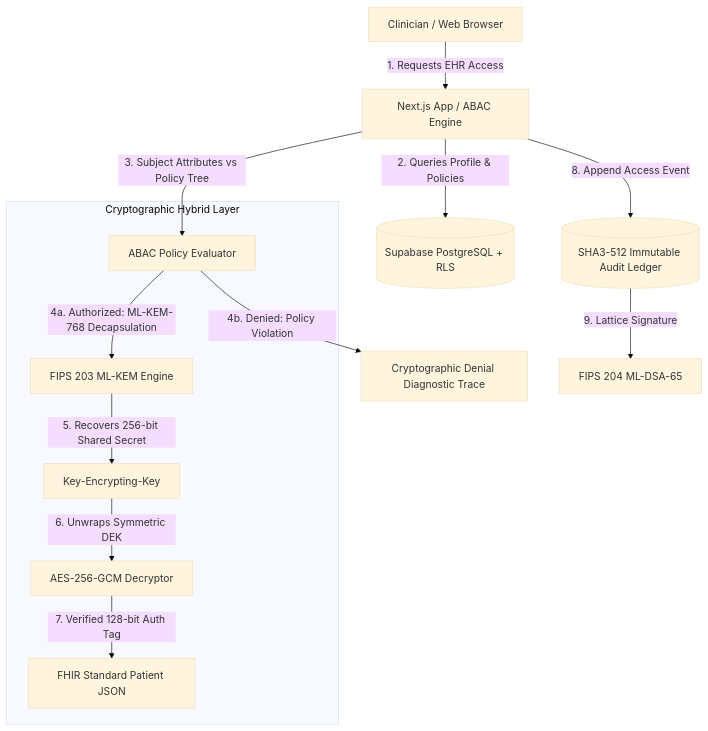
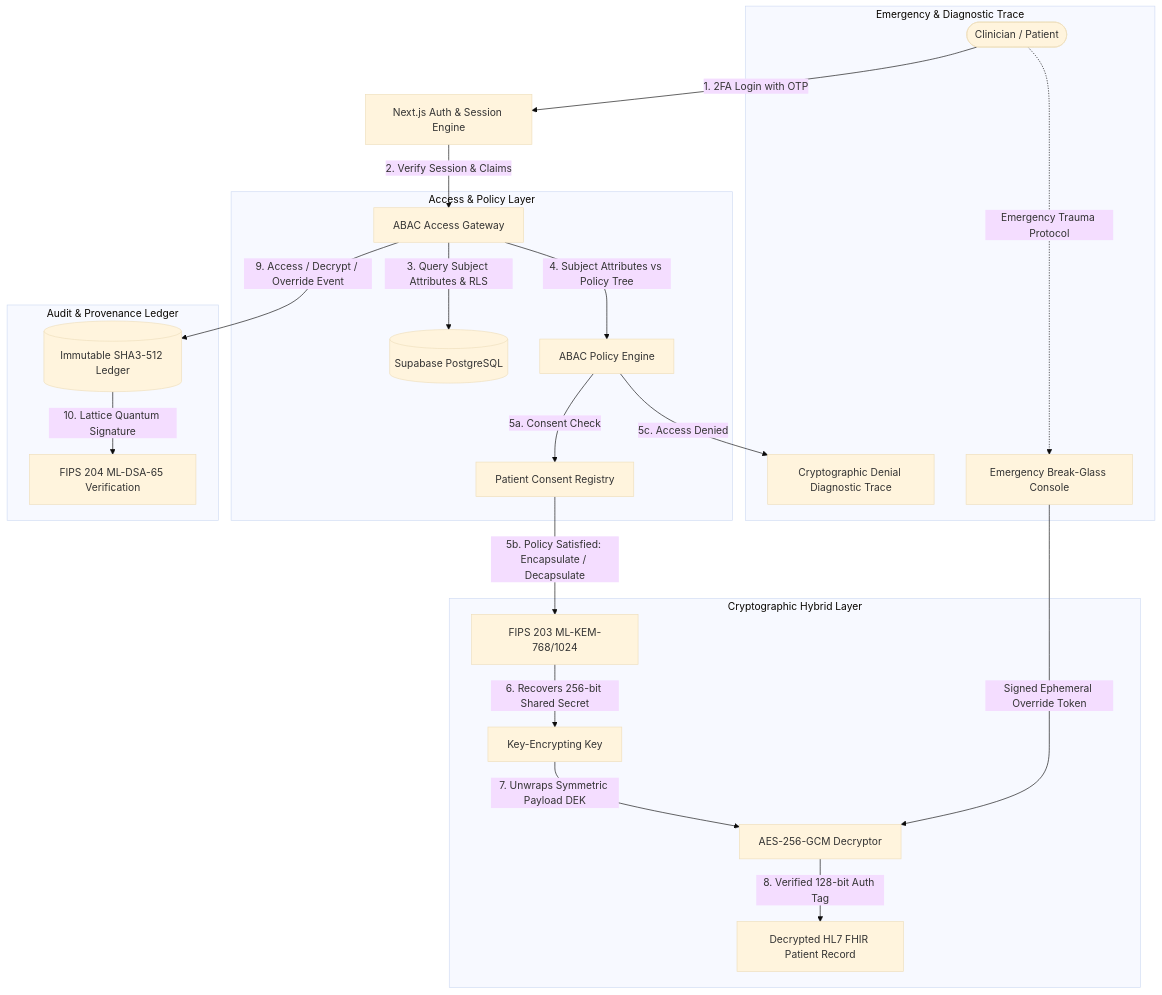
One commit to siddartha8659/post_quantum changed the diagram in README.md. Above: the diagram before and after it, drawn with Mermaid (base theme). The commit also changed other lines of this file, not shown here.

Commit message:
docs: enrich README with complete architecture, patient portal, 2FA OTP, and compliance guides

````diff
--- a/README.md
+++ b/README.md
@@ -9,17 +17,29 @@
 ```mermaid
 graph TD
-    Client[Clinician / Web Browser] -->|1. Requests EHR Access| Gateway[Next.js App / ABAC Engine]
-    Gateway -->|2. Queries Profile & Policies| DB[(Supabase PostgreSQL + RLS)]
-    Gateway -->|3. Subject Attributes vs Policy Tree| ABAC[ABAC Policy Evaluator]
+    User([Clinician / Patient]) -->|1. 2FA Login with OTP| Auth[Next.js Auth & Session Engine]
+    Auth -->|2. Verify Session & Claims| Gateway[ABAC Access Gateway]
     
-    subgraph Cryptographic Hybrid Layer
-        ABAC -->|4a. Authorized: ML-KEM-768 Decapsulation| KEM[FIPS 203 ML-KEM Engine]
-        KEM -->|5. Recovers 256-bit Shared Secret| KEK[Key-Encrypting-Key]
-        KEK -->|6. Unwraps Symmetric DEK| AES[AES-256-GCM Decryptor]
-        AES -->|7. Verified 128-bit Auth Tag| FHIR[FHIR Standard Patient JSON]
+    subgraph Access & Policy Layer
+        Gateway -->|3. Query Subject Attributes & RLS| DB[(Supabase PostgreSQL)]
+        Gateway -->|4. Subject Attributes vs Policy Tree| ABAC[ABAC Policy Engine]
+        ABAC -->|5a. Consent Check| Consent[Patient Consent Registry]
     end
 
-    ABAC -->|4b. Denied: Policy Violation| Diagnostics[Cryptographic Denial Diagnostic Trace]
-    Gateway -->|8. Append Access Event| Audit[(SHA3-512 Immutable Audit Ledger)]
-    Audit -->|9. Lattice Signature| MLDSA[FIPS 204 ML-DSA-65]
+    subgraph Cryptographic Hybrid Layer
+        Consent -->|5b. Policy Satisfied: Encapsulate / Decapsulate| KEM[FIPS 203 ML-KEM-768/1024]
+        KEM -->|6. Recovers 256-bit Shared Secret| KEK[Key-Encrypting Key]
+        KEK -->|7. Unwraps Symmetric Payload DEK| AES[AES-256-GCM Decryptor]
+        AES -->|8. Verified 128-bit Auth Tag| FHIR[Decrypted HL7 FHIR Patient Record]
+    end
+
+    subgraph Emergency & Diagnostic Trace
+        ABAC -->|5c. Access Denied| Trace[Cryptographic Denial Diagnostic Trace]
+        User -.->|Emergency Trauma Protocol| BG[Emergency Break-Glass Console]
+        BG -->|Signed Ephemeral Override Token| AES
+    end
+
+    subgraph Audit & Provenance Ledger
+        Gateway -->|9. Access / Decrypt / Override Event| Ledger[(Immutable SHA3-512 Ledger)]
+        Ledger -->|10. Lattice Quantum Signature| MLDSA[FIPS 204 ML-DSA-65 Verification]
+    end
 ```
````
